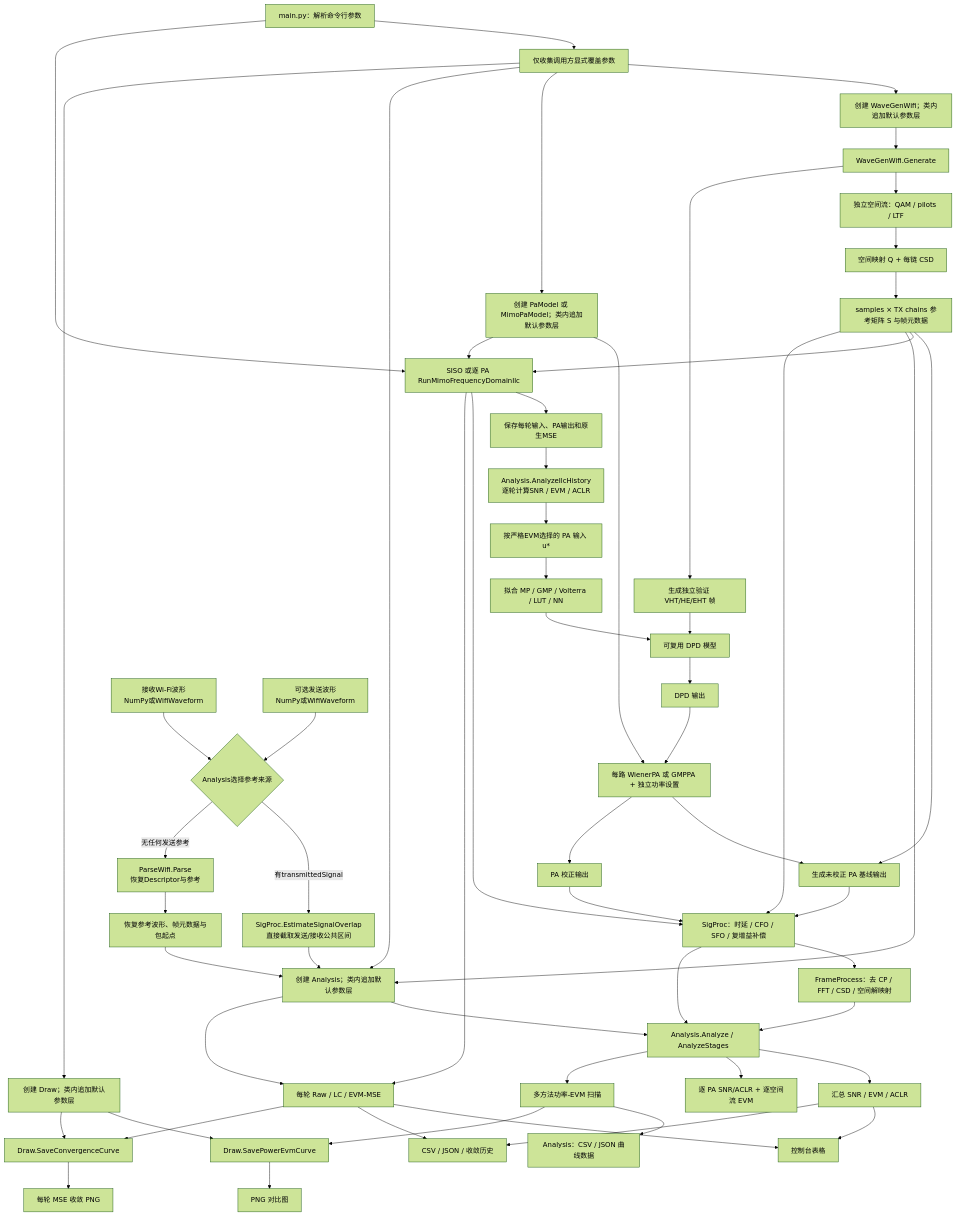
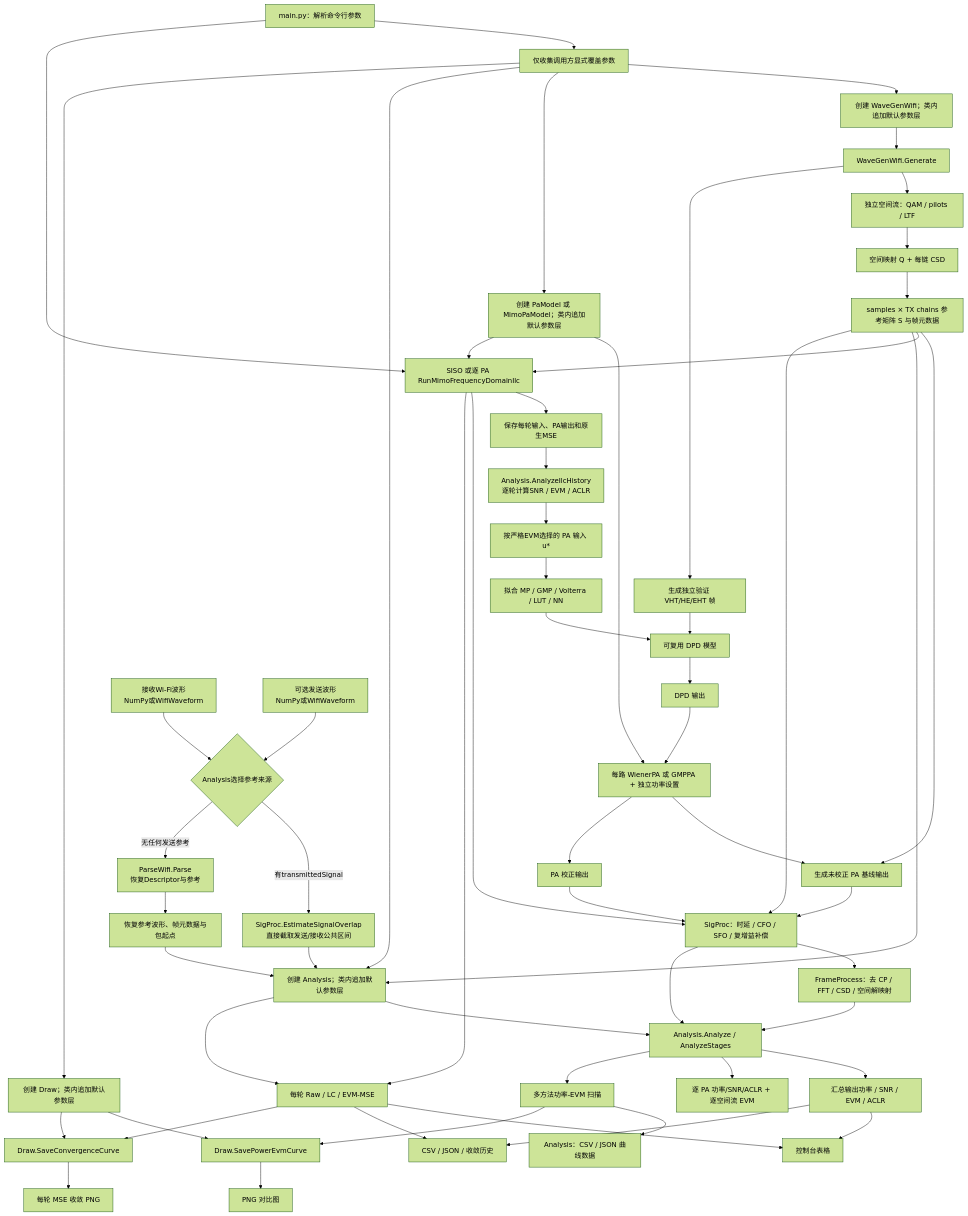
The second of 15 diagrams in README.md (niyilu45/DPD_ILC), drawn with Mermaid (forest theme) before and after one commit. The commit also changed other lines of this file and 7 other files, not shown here.

````diff
--- a/README.md
+++ b/README.md
@@ -139,66 +139,66 @@
 ```mermaid
 flowchart TD
     start["main.py：解析命令行参数"] --> overrideMap["仅收集调用方显式覆盖参数"]
     overrideMap --> wifiGenerator["创建 WaveGenWifi；类内追加默认参数层"]
     wifiGenerator --> waveGenWifi["WaveGenWifi.Generate"]
     waveGenWifi --> streams["独立空间流：QAM / pilots / LTF"]
     streams --> spatialMap["空间映射 Q + 每链 CSD"]
     spatialMap --> reference["samples × TX chains 参考矩阵 S 与帧元数据"]
 
     overrideMap --> paModel["创建 PaModel 或 MimoPaModel；类内追加默认参数层"]
     paModel --> paImplementation["每路 WienerPA 或 GMPPA + 独立功率设置"]
     reference --> baseline["生成未校正 PA 基线输出"]
     paImplementation --> baseline
 
     start --> frequencyIlc["SISO 或逐 PA RunMimoFrequencyDomainIlc"]
     reference --> frequencyIlc
     paModel --> frequencyIlc
 
     frequencyIlc --> nativeHistory["保存每轮输入、PA输出和原生MSE"]
     nativeHistory --> ilcAnalysis["Analysis.AnalyzeIlcHistory<br/>逐轮计算SNR / EVM / ACLR"]
     ilcAnalysis --> learnedInput["按严格EVM选择的 PA 输入 u*"]
     learnedInput --> deployFit["拟合 MP / GMP / Volterra / LUT / NN"]
     deployFit --> deployedDpd["可复用 DPD 模型"]
 
     waveGenWifi --> validation["生成独立验证 VHT/HE/EHT 帧"]
     validation --> deployedDpd
     deployedDpd --> predistortedInput["DPD 输出"]
     predistortedInput --> paImplementation
     paImplementation --> correctedOutput["PA 校正输出"]
 
     receiveCapture["接收Wi-Fi波形<br/>NumPy或WifiWaveform"] --> analysisMode{"Analysis选择参考来源"}
     optionalTransmit["可选发送波形<br/>NumPy或WifiWaveform"] --> analysisMode
     analysisMode -->|有transmittedSignal| overlap["SigProc.EstimateSignalOverlap<br/>直接截取发送/接收公共区间"]
     analysisMode -->|无任何发送参考| parser["ParseWifi.Parse<br/>恢复Descriptor与参考"]
     overlap --> analysis
     parser --> parsedContext["恢复参考波形、帧元数据与包起点"]
     parsedContext --> analysis
 
     overrideMap --> analysis["创建 Analysis；类内追加默认参数层"]
     reference --> analysis
     reference --> sigProc["SigProc：时延 / CFO / SFO / 复增益补偿"]
     baseline --> sigProc
     frequencyIlc --> sigProc
     correctedOutput --> sigProc
     sigProc --> frameProcess["FrameProcess：去 CP / FFT / CSD / 空间解映射"]
     sigProc --> analysisMethod["Analysis.Analyze / AnalyzeStages"]
     frameProcess --> analysisMethod
     analysis --> analysisMethod
-    analysisMethod --> metrics["汇总 SNR / EVM / ACLR"]
-    analysisMethod --> mimoMetrics["逐 PA SNR/ACLR + 逐空间流 EVM"]
+    analysisMethod --> metrics["汇总输出功率 / SNR / EVM / ACLR"]
+    analysisMethod --> mimoMetrics["逐 PA 功率/SNR/ACLR + 逐空间流 EVM"]
     analysisMethod --> powerCurve["多方法功率-EVM 扫描"]
     metrics --> console["控制台表格"]
     metrics --> files["CSV / JSON / 收敛历史"]
     frequencyIlc --> iterationMse["每轮 Raw / LC / EVM-MSE"]
     analysis --> iterationMse
     iterationMse --> console
     iterationMse --> files
     powerCurve --> curveData["Analysis：CSV / JSON 曲线数据"]
     overrideMap --> draw["创建 Draw；类内追加默认参数层"]
     powerCurve --> drawMethod["Draw.SavePowerEvmCurve"]
     draw --> drawMethod
     drawMethod --> curveFigure["PNG 对比图"]
     iterationMse --> convergenceDraw["Draw.SaveConvergenceCurve"]
     draw --> convergenceDraw
     convergenceDraw --> convergenceFigure["每轮 MSE 收敛 PNG"]
 ```
````
